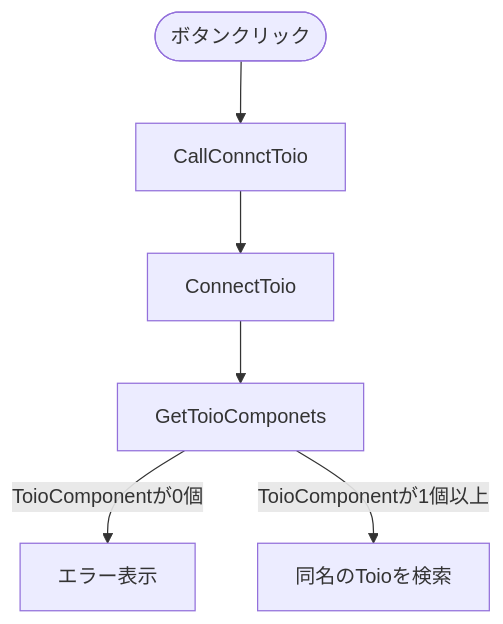
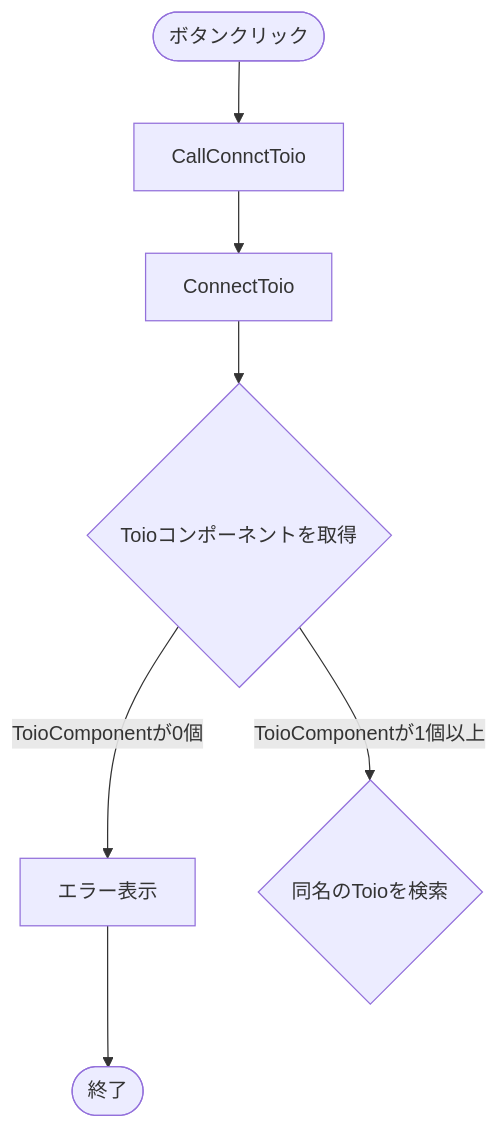
The diagram in Document/design/ToioConnecter_ConnectToio.md (Ryuzo-MYU/weak-toio), drawn with Mermaid before and after one commit.

Commit message:
2025年1月3日 12:45

````diff
--- a/Document/design/ToioConnecter_ConnectToio.md
+++ b/Document/design/ToioConnecter_ConnectToio.md
@@ -6,8 +6,10 @@
 ```mermaid
  graph TD
   Start([ボタンクリック]) --> CallConnctToio
   CallConnctToio --> ConnectToio
-  ConnectToio --> GetToioComponets
+  ConnectToio --> GetToioComponets{Toioコンポーネントを取得}
   GetToioComponets --> |ToioComponentが0個| Error[エラー表示]
-  GetToioComponets --> |ToioComponentが1個以上| Find[同名のToioを検索]
+  Error --> End([終了])
+  GetToioComponets --> |ToioComponentが1個以上| Find{同名のToioを検索}
+  
 ```
````
